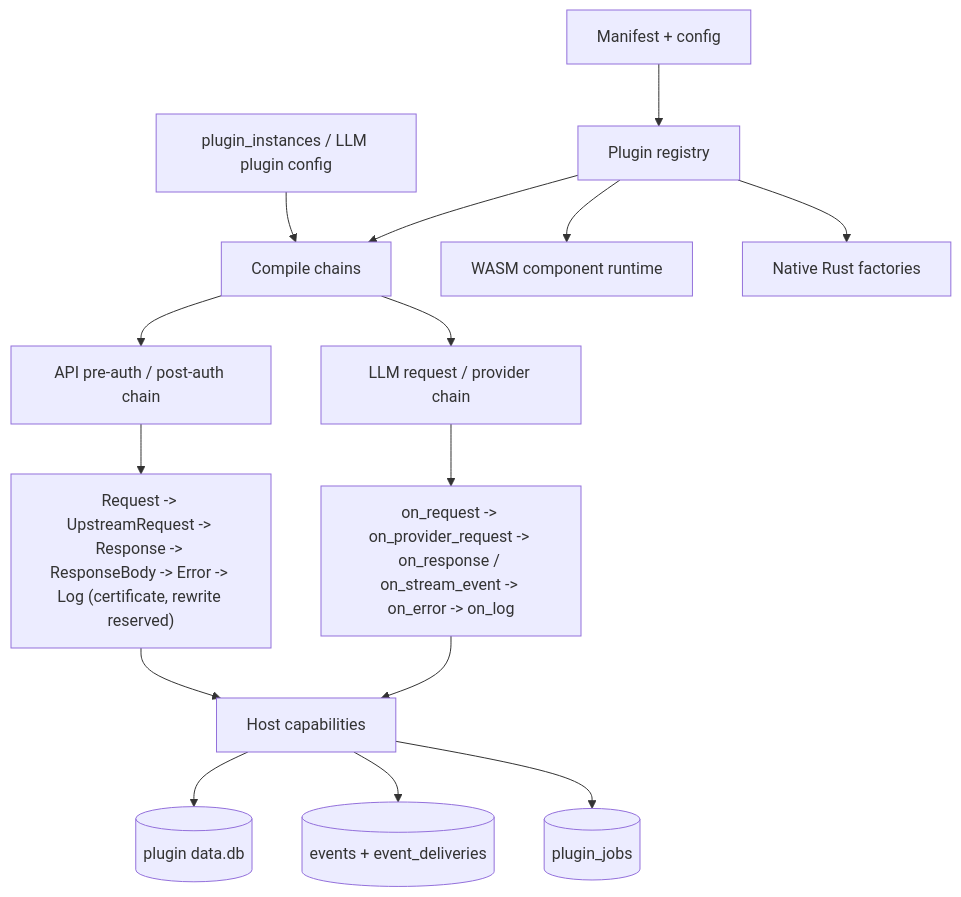
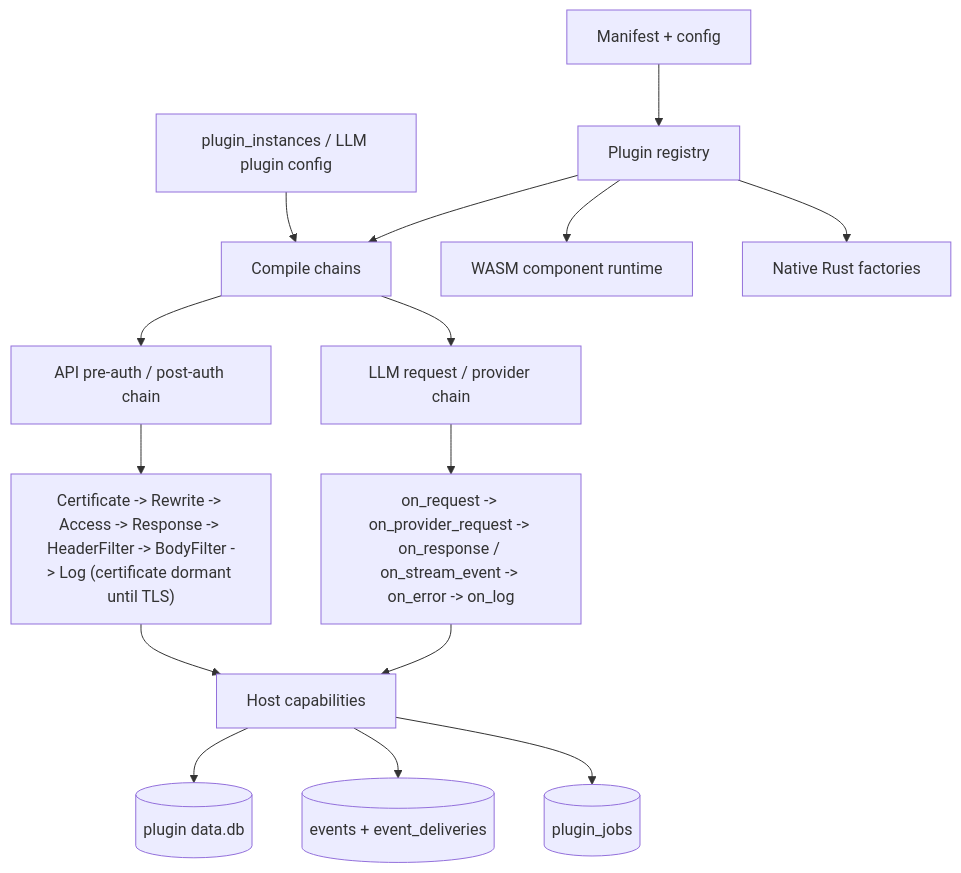
The diagram in .livingdocs/architecture/plugin-runtime.md (luozhouyang/octra), drawn with Mermaid before and after one commit. The commit also changed other lines of this file and 7 other files, not shown here.

````diff
--- a/.livingdocs/architecture/plugin-runtime.md
+++ b/.livingdocs/architecture/plugin-runtime.md
@@ -13,17 +13,17 @@
 ```mermaid
 flowchart TB
     Manifest[Manifest + config] --> Registry[Plugin registry]
     Config[plugin_instances / LLM plugin config] --> Compile[Compile chains]
     Registry --> Compile
     Compile --> APICHAIN[API pre-auth / post-auth chain]
     Compile --> LLMCHAIN[LLM request / provider chain]
-    APICHAIN --> APIPhases["Request -> UpstreamRequest -> Response -> ResponseBody -> Error -> Log (certificate, rewrite reserved)"]
+    APICHAIN --> APIPhases["Certificate -> Rewrite -> Access -> Response -> HeaderFilter -> BodyFilter -> Log (certificate dormant until TLS)"]
     LLMCHAIN --> LLMStages["on_request -> on_provider_request -> on_response / on_stream_event -> on_error -> on_log"]
     APIPhases --> Host[Host capabilities]
     LLMStages --> Host
     Host --> Storage[(plugin data.db)]
     Host --> Events[(events + event_deliveries)]
     Host --> Jobs[(plugin_jobs)]
     Registry --> WASM[WASM component runtime]
     Registry --> Native[Native Rust factories]
 ```
````
